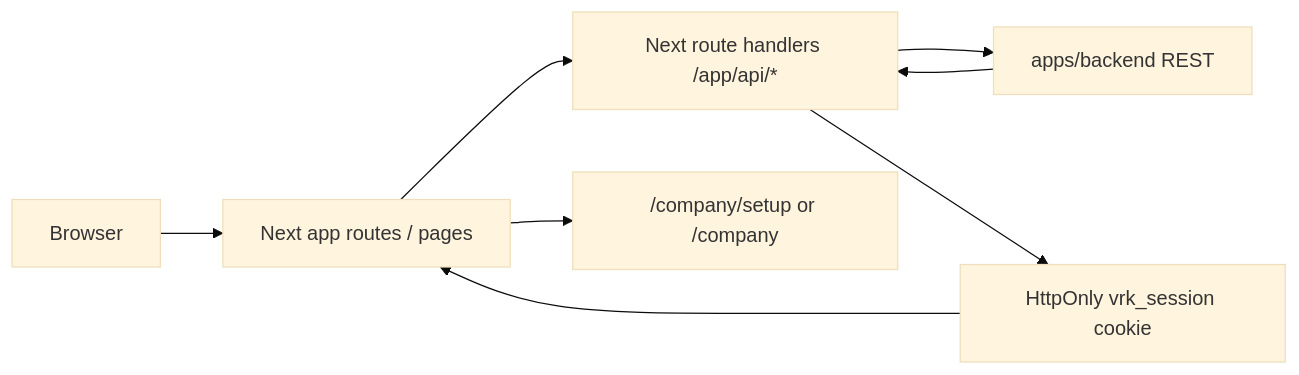
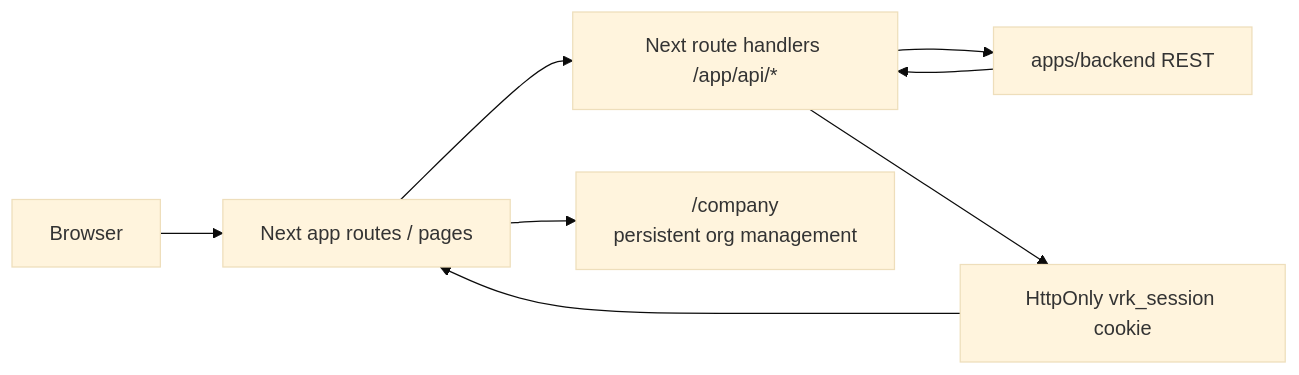
The second of 9 diagrams in docs/architecture/frontend-architecture.md (vrk-app/vrk), drawn with Mermaid (base theme) before and after one commit. The commit also changed other lines of this file and 313 other files, not shown here.

````diff
--- a/docs/architecture/frontend-architecture.md
+++ b/docs/architecture/frontend-architecture.md
@@ -99,10 +101,10 @@
 ```mermaid
 flowchart LR
     A["Browser"] --> B["Next app routes / pages"]
     B --> C["Next route handlers /app/api/*"]
     C --> D["apps/backend REST"]
     D --> C
     C --> E["HttpOnly vrk_session cookie"]
     E --> B
-    B --> F["/company/setup or /company"]
+    B --> F["/company<br/>persistent org management"]
 ```
````
